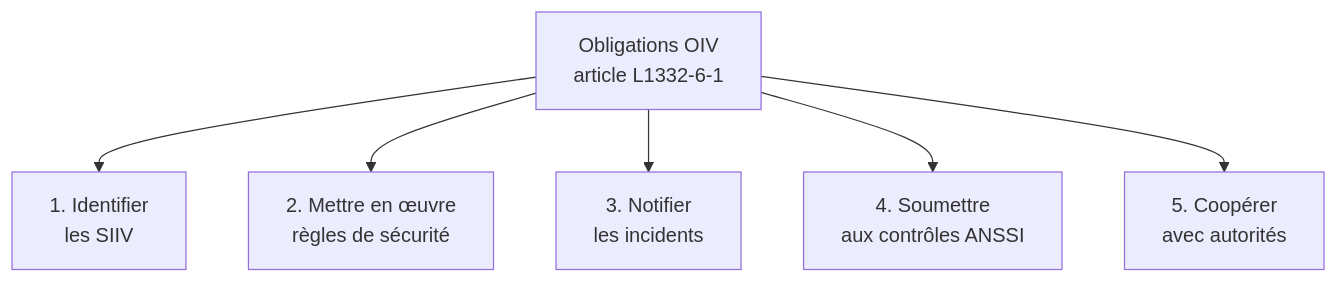
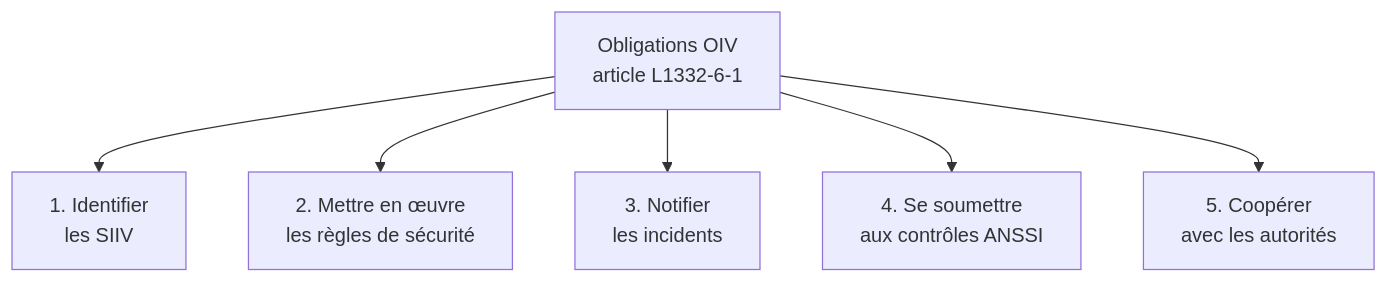
Before and after one commit to zyrass/omnydocs: the third of 6 diagrams in docs/cursus-forensic/01-cycle-0-fondations/module-1-legislation/06-lpm-oiv.md, drawn with Mermaid. The commit also changed other lines of this file and 171 other files, not shown here.

````diff
--- a/docs/cursus-forensic/01-cycle-0-fondations/module-1-legislation/06-lpm-oiv.md
+++ b/docs/cursus-forensic/01-cycle-0-fondations/module-1-legislation/06-lpm-oiv.md
@@ -149,8 +162,8 @@
 ```mermaid
 flowchart TB
-    A[Obligations OIV<br>article L1332-6-1] --> B[1. Identifier<br>les SIIV]
-    A --> C[2. Mettre en œuvre<br>règles de sécurité]
-    A --> D[3. Notifier<br>les incidents]
-    A --> E[4. Soumettre<br>aux contrôles ANSSI]
-    A --> F[5. Coopérer<br>avec autorités]
+    A["Obligations OIV<br>article L1332-6-1"] --> B["1. Identifier<br>les SIIV"]
+    A --> C["2. Mettre en œuvre<br>les règles de sécurité"]
+    A --> D["3. Notifier<br>les incidents"]
+    A --> E["4. Se soumettre<br>aux contrôles ANSSI"]
+    A --> F["5. Coopérer<br>avec les autorités"]
 ```
````
